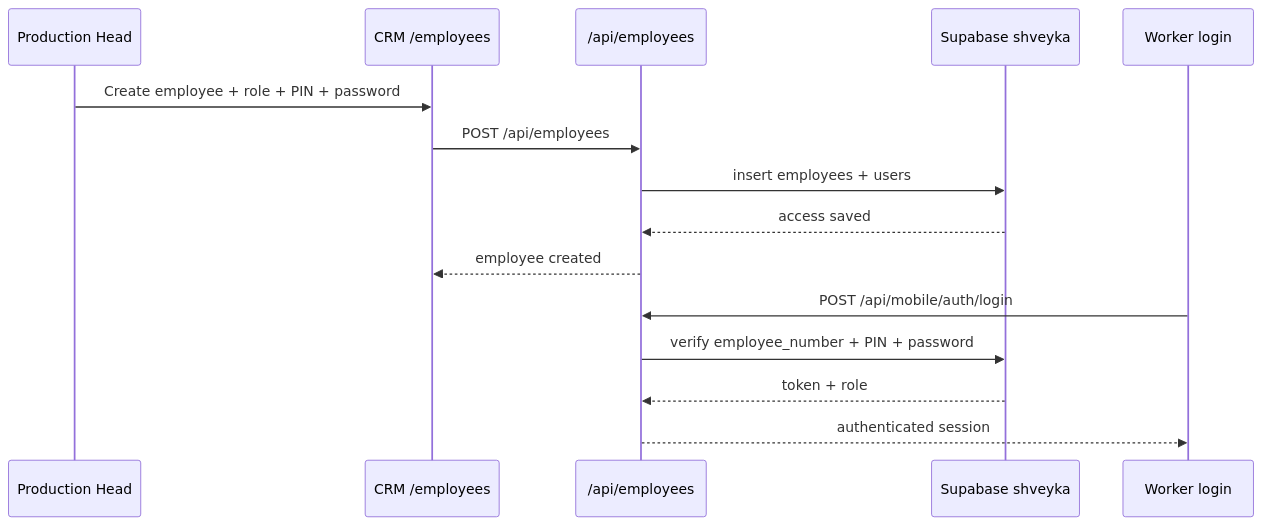
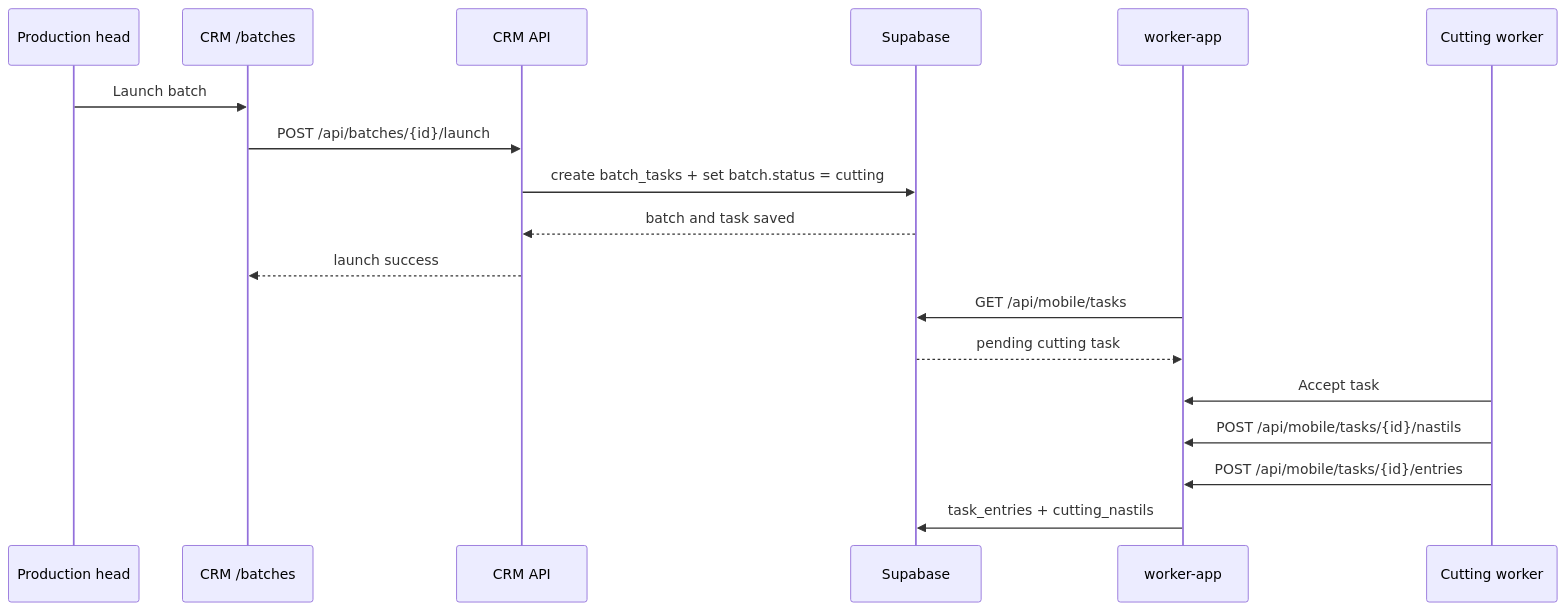
The second of 2 diagrams in crm/docs/architecture/clean-architecture.md (yobozavrik/shveyka_v2), drawn with Mermaid before and after one commit. The commit also changed other lines of this file and 5 other files, not shown here.

Commit message:
Document CRM and worker API architecture

````diff
--- a/crm/docs/architecture/clean-architecture.md
+++ b/crm/docs/architecture/clean-architecture.md
@@ -214,18 +120,21 @@
 ```mermaid
 sequenceDiagram
-    participant H as Production Head
-    participant CRM as CRM /employees
-    participant API as /api/employees
-    participant DB as Supabase shveyka
-    participant W as Worker login
+  participant PM as Production head
+  participant CRM as CRM /batches
+  participant API as CRM API
+  participant DB as Supabase
+  participant W as worker-app
+  participant Worker as Cutting worker
 
-    H->>CRM: Create employee + role + PIN + password
-    CRM->>API: POST /api/employees
-    API->>DB: insert employees + users
-    DB-->>API: access saved
-    API-->>CRM: employee created
-    W->>API: POST /api/mobile/auth/login
-    API->>DB: verify employee_number + PIN + password
-    DB-->>API: token + role
-    API-->>W: authenticated session
+  PM->>CRM: Launch batch
+  CRM->>API: POST /api/batches/{id}/launch
+  API->>DB: create batch_tasks + set batch.status = cutting
+  DB-->>API: batch and task saved
+  API-->>CRM: launch success
+  W->>DB: GET /api/mobile/tasks
+  DB-->>W: pending cutting task
+  Worker->>W: Accept task
+  Worker->>W: POST /api/mobile/tasks/{id}/nastils
+  Worker->>W: POST /api/mobile/tasks/{id}/entries
+  W->>DB: task_entries + cutting_nastils
 ```
````
